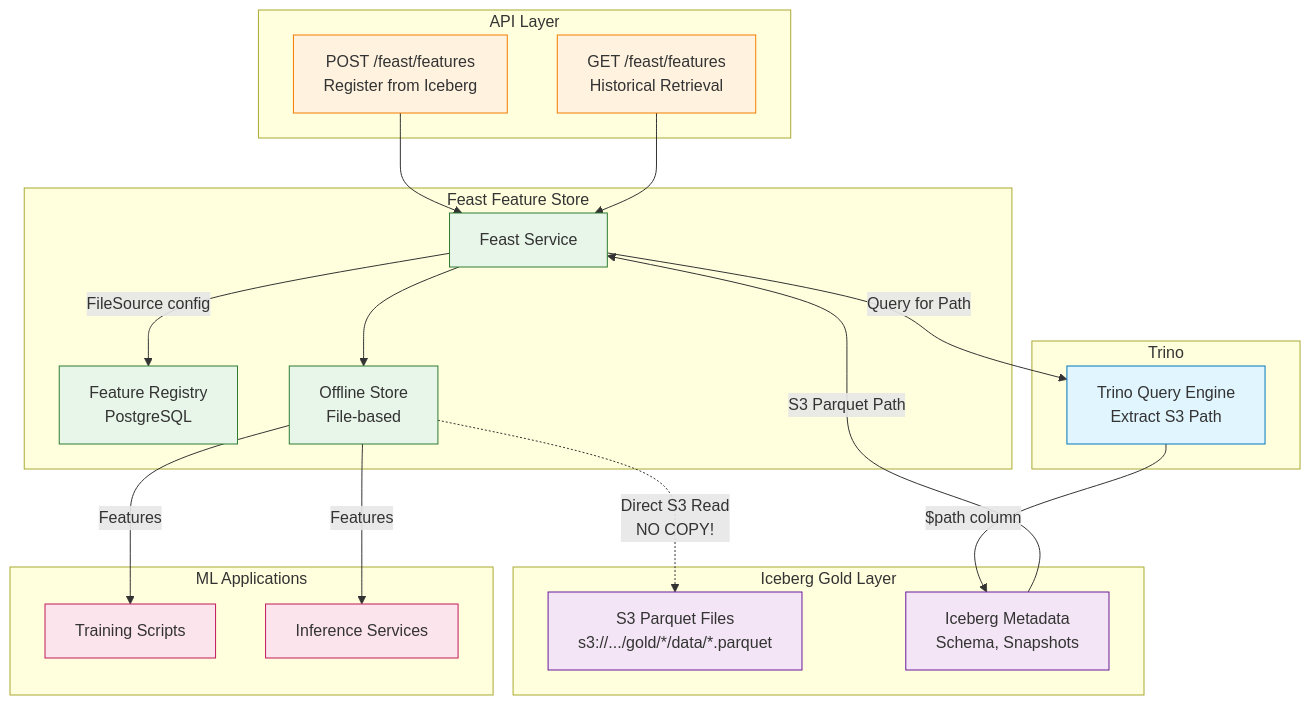
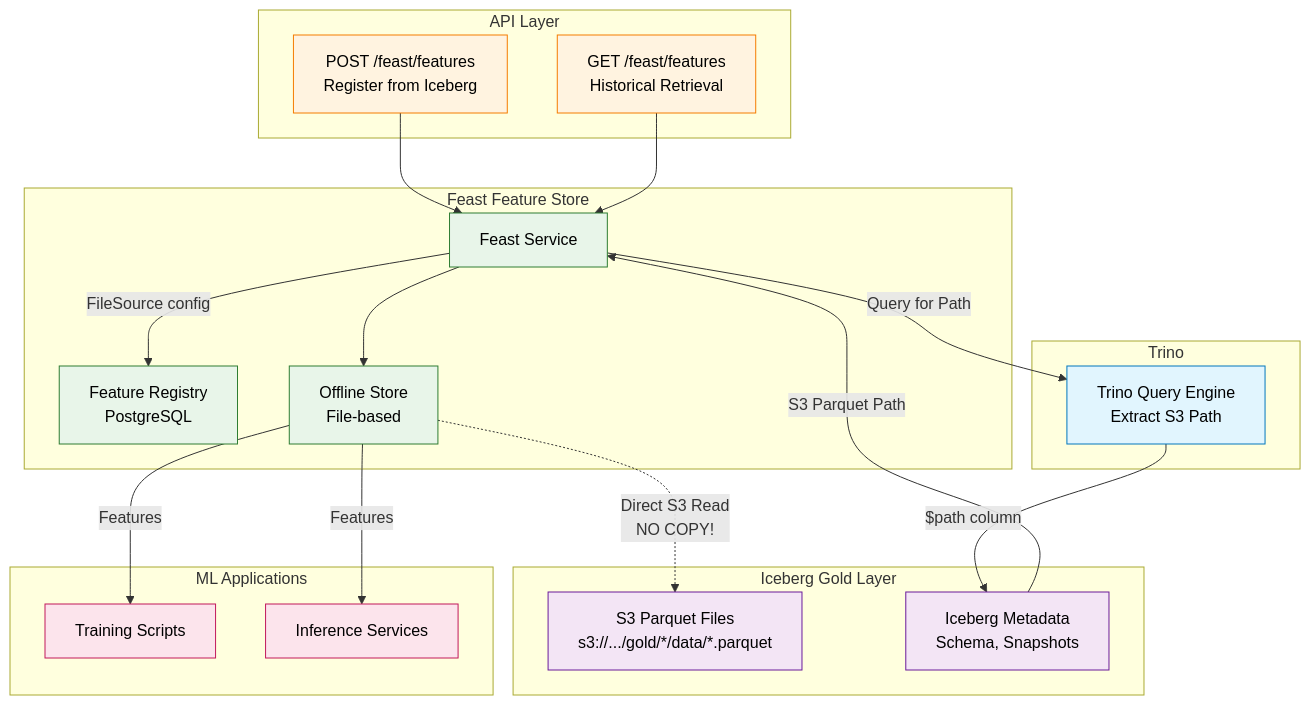
The seventh of 19 diagrams in docs/COMPLETE_ARCHITECTURE.md (snowcell-cloud/asgard), drawn with Mermaid before and after one commit. The commit also changed other lines of this file, not shown here.

Commit message:
fix: Update mermaid class definitions for consistent color styling in COMPLETE_ARCHITECTURE.md

````diff
--- a/docs/COMPLETE_ARCHITECTURE.md
+++ b/docs/COMPLETE_ARCHITECTURE.md
@@ -578,52 +578,52 @@
 ```mermaid
 flowchart TB
     subgraph API["API Layer"]
         Register["POST /feast/features\nRegister from Iceberg"]
         Retrieve["GET /feast/features\nHistorical Retrieval"]
     end
 
     subgraph Feast["Feast Feature Store"]
         Service["Feast Service"]
         Registry["Feature Registry\nPostgreSQL"]
         OfflineStore["Offline Store\nFile-based"]
     end
 
     subgraph Iceberg["Iceberg Gold Layer"]
         Gold["S3 Parquet Files\ns3://.../gold/*/data/*.parquet"]
         Metadata["Iceberg Metadata\nSchema, Snapshots"]
     end
 
     subgraph Trino["Trino"]
         TrinoQuery["Trino Query Engine\nExtract S3 Path"]
     end
 
     subgraph ML["ML Applications"]
         Training["Training Scripts"]
         Inference["Inference Services"]
     end
 
     Register --> Service
     Service -->|"Query for Path"| TrinoQuery
     TrinoQuery -->|"$path column"| Metadata
     Metadata -->|"S3 Parquet Path"| Service
     Service -->|"FileSource config"| Registry
 
     Retrieve --> Service
     Service --> OfflineStore
     OfflineStore -."Direct S3 Read\nNO COPY!".-> Gold
 
     OfflineStore -->|"Features"| Training
     OfflineStore -->|"Features"| Inference
 
-    classDef apiStyle fill:#fff3e0,stroke:#f57c00
-    classDef feastStyle fill:#e8f5e9,stroke:#2e7d32
-    classDef dataStyle fill:#f3e5f5,stroke:#6a1b9a
-    classDef trinoStyle fill:#e1f5fe,stroke:#0277bd
-    classDef mlStyle fill:#fce4ec,stroke:#c2185b
+    classDef apiStyle fill:#fff3e0,stroke:#f57c00,color:#000
+    classDef feastStyle fill:#e8f5e9,stroke:#2e7d32,color:#000
+    classDef dataStyle fill:#f3e5f5,stroke:#6a1b9a,color:#000
+    classDef trinoStyle fill:#e1f5fe,stroke:#0277bd,color:#000
+    classDef mlStyle fill:#fce4ec,stroke:#c2185b,color:#000
 
     class Register,Retrieve apiStyle
     class Service,Registry,OfflineStore feastStyle
     class Gold,Metadata dataStyle
     class TrinoQuery trinoStyle
     class Training,Inference mlStyle
 ```
````
